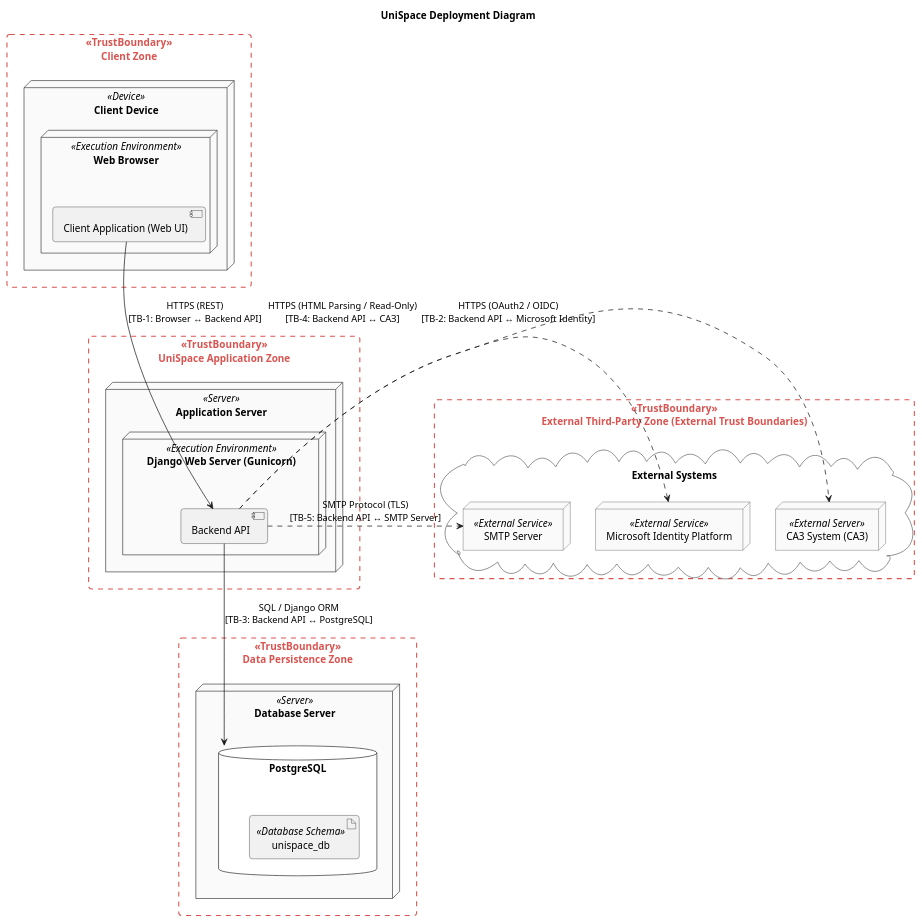
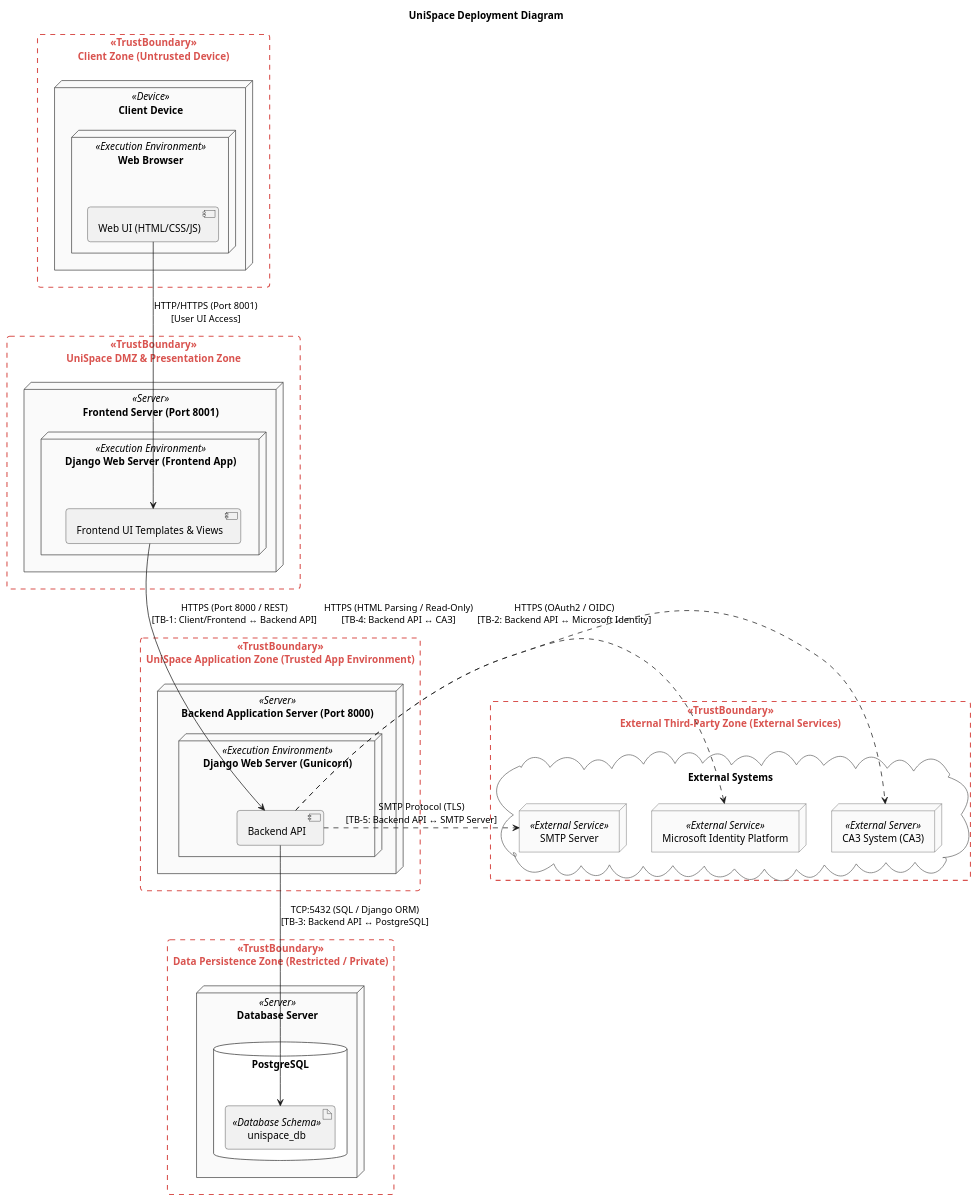
Before and after one commit to ukma-fin-ssdm-2026/unispace: the diagram in docs/architecture/uml/deployment_diagram.puml, drawn with PlantUML.

Commit message:
docs: fix deployment_diagram.puml
added C-004

```diff
--- a/docs/architecture/uml/deployment_diagram.puml
+++ b/docs/architecture/uml/deployment_diagram.puml
@@ -1,64 +1,75 @@
 @startuml
 title UniSpace Deployment Diagram
 
 skinparam roundCorner 8
 skinparam node {
     BackgroundColor #FAFAFA
     BorderColor #444444
 }
 skinparam database {
     BackgroundColor #FFFFFF
     BorderColor #333333
 }
 skinparam cloud {
     BackgroundColor #FFFFFF
     BorderColor #666666
 }
 
 skinparam rectangle<<TrustBoundary>> {
     BorderStyle dashed
     BorderColor #D9534F
     BorderThickness 1.5
     BackgroundColor transparent
     FontColor #D9534F
     FontStyle bold
 }
 
-rectangle "Client Zone" <<TrustBoundary>> as TB_Client {
+rectangle "Client Zone (Untrusted Device)" <<TrustBoundary>> {
     node "Client Device" <<Device>> {
         node "Web Browser" <<Execution Environment>> {
-            component "Client Application (Web UI)" as WebUI
+            component "Web UI (HTML/CSS/JS)" as BrowserUI
         }
     }
 }
 
-rectangle "UniSpace Application Zone" <<TrustBoundary>> as TB_App {
-    node "Application Server" <<Server>> {
+rectangle "UniSpace DMZ & Presentation Zone" <<TrustBoundary>> {
+    node "Frontend Server (Port 8001)" <<Server>> {
+        node "Django Web Server (Frontend App)" <<Execution Environment>> {
+            component "Frontend UI Templates & Views" as FrontendApp
+        }
+    }
+}
+
+rectangle "UniSpace Application Zone (Trusted App Environment)" <<TrustBoundary>> {
+    node "Backend Application Server (Port 8000)" <<Server>> {
         node "Django Web Server (Gunicorn)" <<Execution Environment>> {
             component "Backend API" as BackendAPI
         }
     }
 }
 
-rectangle "Data Persistence Zone" <<TrustBoundary>> as TB_Data {
+rectangle "Data Persistence Zone (Restricted / Private)" <<TrustBoundary>> {
     node "Database Server" <<Server>> {
         database "PostgreSQL" {
-            artifact "unispace_db" <<Database Schema>>
+            artifact "unispace_db" <<Database Schema>> as DB
         }
     }
 }
 
-rectangle "External Third-Party Zone (External Trust Boundaries)" <<TrustBoundary>> as TB_Ext {
+rectangle "External Third-Party Zone (External Services)" <<TrustBoundary>> {
     cloud "External Systems" {
         node "CA3 System (САЗ)" <<External Server>> as CA3
         node "Microsoft Identity Platform" <<External Service>> as MS_Auth
         node "SMTP Server" <<External Service>> as SMTP
     }
 }
 
-WebUI -down-> BackendAPI : HTTPS (REST)\n[TB-1: Browser ↔ Backend API]
-BackendAPI -down-> "PostgreSQL" : SQL / Django ORM\n[TB-3: Backend API ↔ PostgreSQL]
+BrowserUI -down-> FrontendApp : HTTP/HTTPS (Port 8001)\n[User UI Access]
+FrontendApp -down-> BackendAPI : HTTPS (Port 8000 / REST)\n[TB-1: Client/Frontend ↔ Backend API]
+
+BackendAPI -down-> DB : TCP:5432 (SQL / Django ORM)\n[TB-3: Backend API ↔ PostgreSQL]
+
 BackendAPI .right.> CA3 : HTTPS (HTML Parsing / Read-Only)\n[TB-4: Backend API ↔ САЗ]
 BackendAPI .right.> MS_Auth : HTTPS (OAuth2 / OIDC)\n[TB-2: Backend API ↔ Microsoft Identity]
 BackendAPI .right.> SMTP : SMTP Protocol (TLS)\n[TB-5: Backend API ↔ SMTP Server]
 @enduml
```
